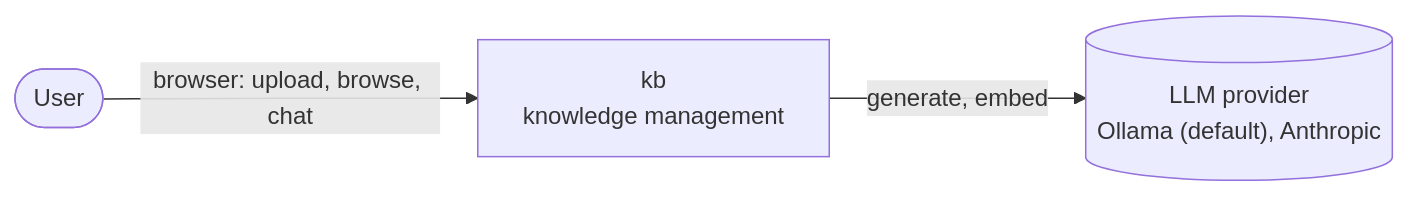
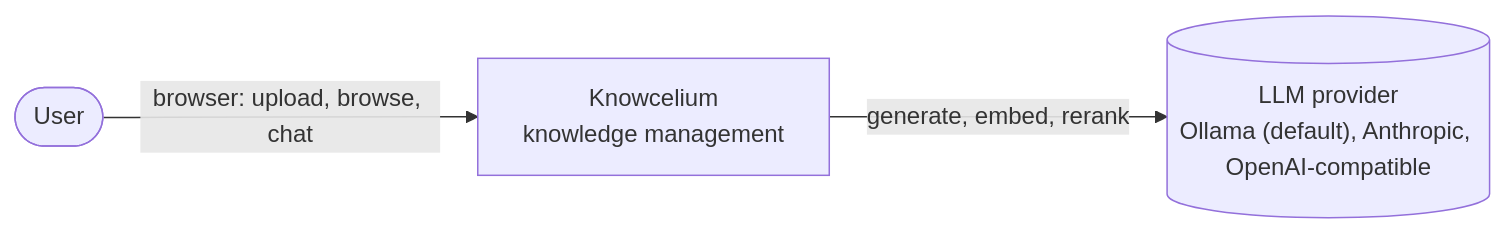
The first of 3 diagrams in docs/architecture/overview.md (ChristophBe/kb), drawn with Mermaid before and after one commit. The commit also changed other lines of this file and 2 other files, not shown here.

First line of the commit message:
docs: show the iam and curation modules in the architecture diagrams

````diff
--- a/docs/architecture/overview.md
+++ b/docs/architecture/overview.md
@@ -7,9 +7,9 @@
 ```mermaid
 flowchart LR
     user([User])
-    kb["kb<br/>knowledge management"]
-    llmvendor[("LLM provider<br/>Ollama (default), Anthropic")]
+    kb["Knowcelium<br/>knowledge management"]
+    llmvendor[("LLM provider<br/>Ollama (default), Anthropic, OpenAI-compatible")]
 
     user -- "browser: upload, browse, chat" --> kb
-    kb -- "generate, embed" --> llmvendor
+    kb -- "generate, embed, rerank" --> llmvendor
 ```
````
